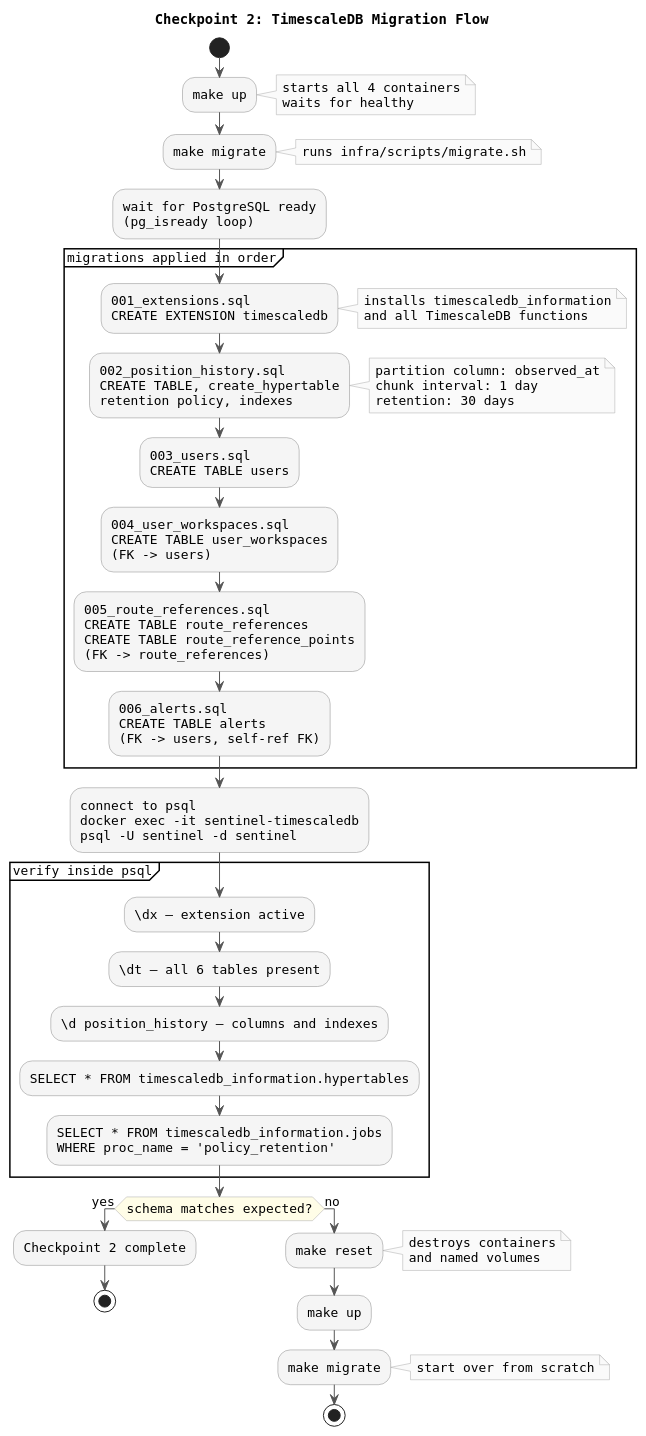
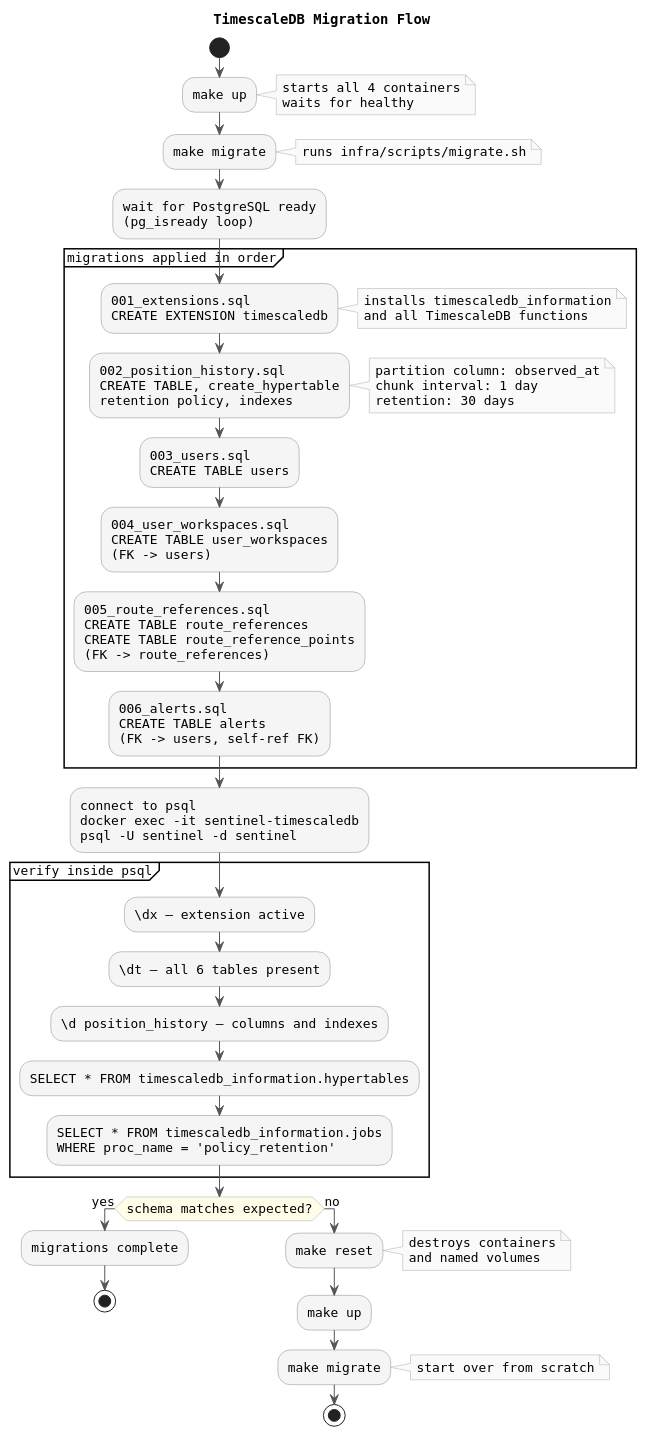
The diagram in docs/implementation/phase-01-infrastructure/concepts/migration-flow.puml (Buffden/sentinel), drawn with PlantUML before and after one commit. The commit also changed 9 other files, not shown here.

```diff
--- a/docs/implementation/phase-01-infrastructure/concepts/migration-flow.puml
+++ b/docs/implementation/phase-01-infrastructure/concepts/migration-flow.puml
@@ -1,63 +1,63 @@
 @startuml cp-02-migration-flow
-title Checkpoint 2: TimescaleDB Migration Flow
+title TimescaleDB Migration Flow
 
 skinparam linetype ortho
 skinparam defaultFontName Monospaced
 skinparam defaultFontSize 13
 skinparam ArrowColor #555555
 skinparam ActivityBackgroundColor #F5F5F5
 skinparam ActivityBorderColor #888888
 skinparam ActivityDiamondBackgroundColor #FFFDE7
 skinparam ActivityDiamondBorderColor #AAAAAA
 skinparam NoteBackgroundColor #FAFAFA
 skinparam NoteBorderColor #AAAAAA
 
 start
 
 :make up;
 note right: starts all 4 containers\nwaits for healthy
 
 :make migrate;
 note right: runs infra/scripts/migrate.sh
 
 :wait for PostgreSQL ready\n(pg_isready loop);
 
 partition "migrations applied in order" {
   :001_extensions.sql\nCREATE EXTENSION timescaledb;
   note right: installs timescaledb_information\nand all TimescaleDB functions
 
   :002_position_history.sql\nCREATE TABLE, create_hypertable\nretention policy, indexes;
   note right: partition column: observed_at\nchunk interval: 1 day\nretention: 30 days
 
   :003_users.sql\nCREATE TABLE users;
 
   :004_user_workspaces.sql\nCREATE TABLE user_workspaces\n(FK -> users);
 
   :005_route_references.sql\nCREATE TABLE route_references\nCREATE TABLE route_reference_points\n(FK -> route_references);
 
   :006_alerts.sql\nCREATE TABLE alerts\n(FK -> users, self-ref FK);
 }
 
 :connect to psql\ndocker exec -it sentinel-timescaledb\npsql -U sentinel -d sentinel;
 
 partition "verify inside psql" {
   :\\dx — extension active;
   :\\dt — all 6 tables present;
   :\\d position_history — columns and indexes;
   :SELECT * FROM timescaledb_information.hypertables;
   :SELECT * FROM timescaledb_information.jobs\nWHERE proc_name = 'policy_retention';
 }
 
 if (schema matches expected?) then (yes)
-  :Checkpoint 2 complete;
+  :migrations complete;
   stop
 else (no)
   :make reset;
   note right: destroys containers\nand named volumes
   :make up;
   :make migrate;
   note right: start over from scratch
   stop
 endif
 
 @enduml
```
